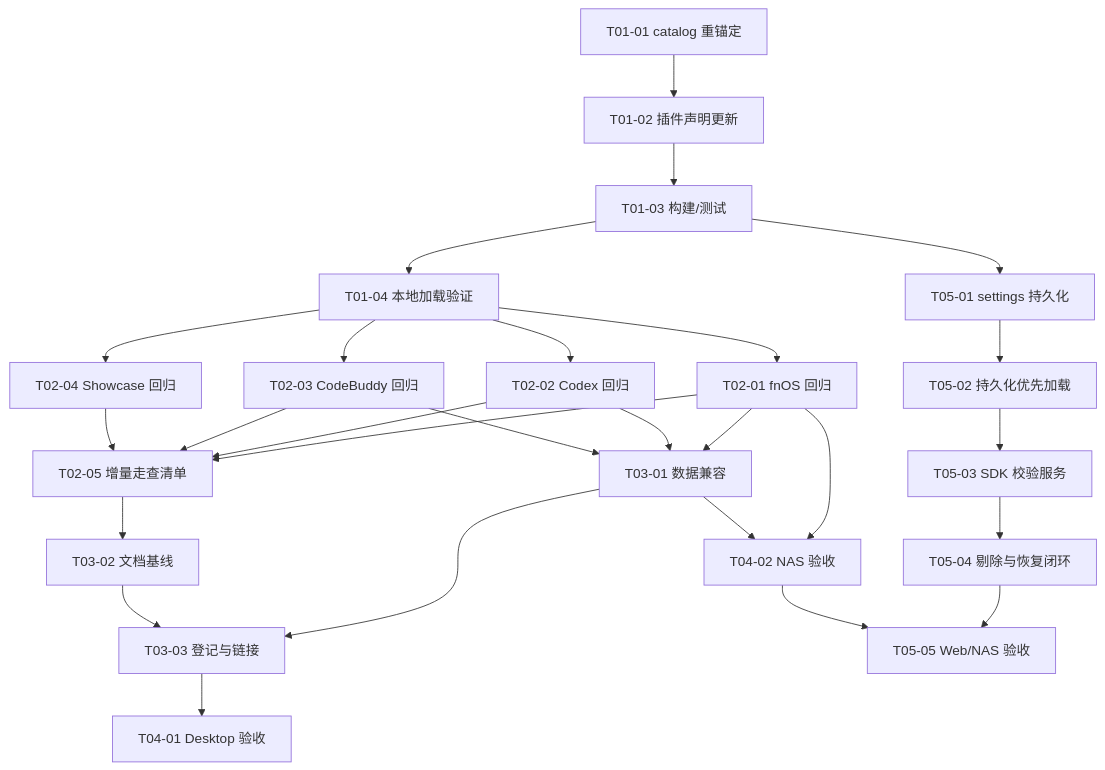
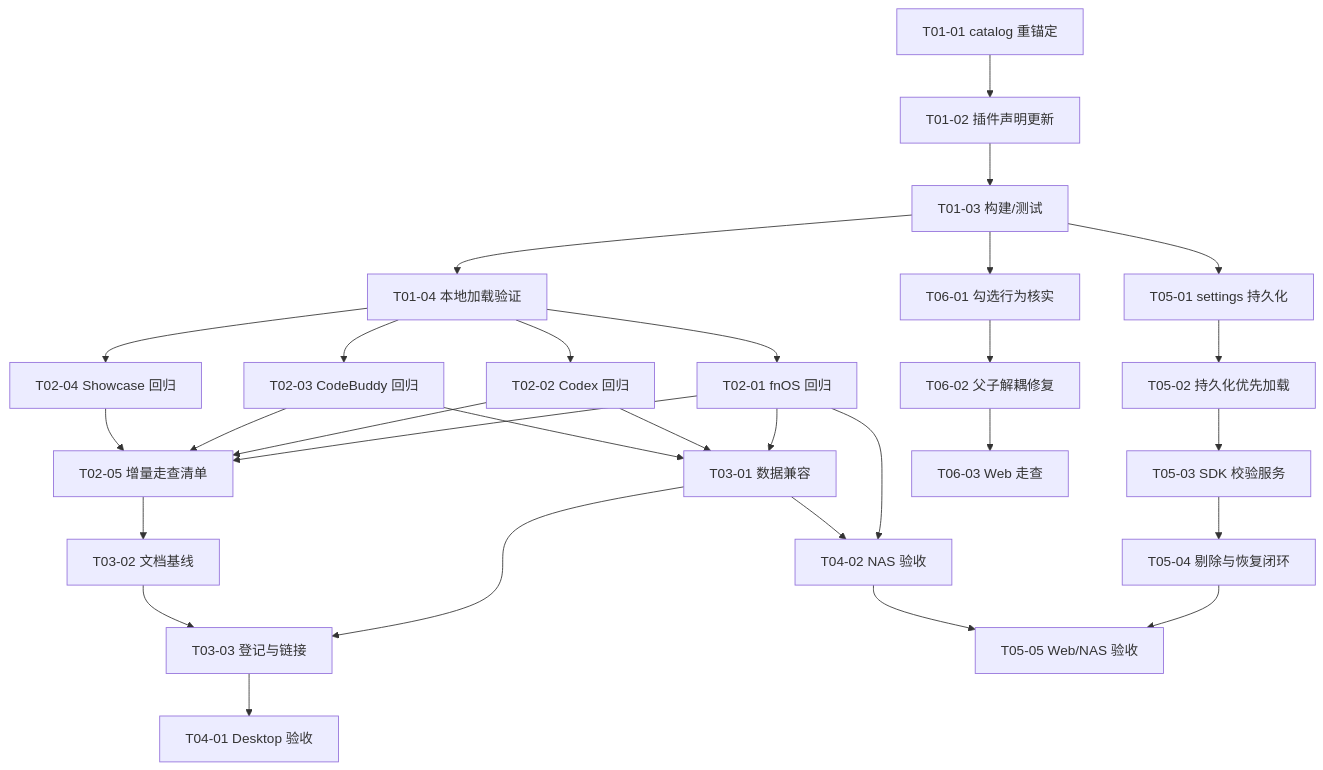
The fifth of 5 diagrams in docs/plans/PLAN-FNOS-009-dsh-020-rc2-adaptation.md (FNOSP/fnos-dsh), drawn with Mermaid before and after one commit. The commit also changed other lines of this file and 1 other file, not shown here.

````diff
--- a/docs/plans/PLAN-FNOS-009-dsh-020-rc2-adaptation.md
+++ b/docs/plans/PLAN-FNOS-009-dsh-020-rc2-adaptation.md
@@ -257,29 +267,32 @@
 ```mermaid
 flowchart TD
     T01a[T01-01 catalog 重锚定] --> T01b[T01-02 插件声明更新]
     T01b --> T01c[T01-03 构建/测试]
     T01c --> T01d[T01-04 本地加载验证]
     T01d --> T02a[T02-01 fnOS 回归]
     T01d --> T02b[T02-02 Codex 回归]
     T01d --> T02c[T02-03 CodeBuddy 回归]
     T01d --> T02d[T02-04 Showcase 回归]
     T02a --> T02e[T02-05 增量走查清单]
     T02b --> T02e
     T02c --> T02e
     T02d --> T02e
     T02a --> T03a[T03-01 数据兼容]
     T02b --> T03a
     T02c --> T03a
     T02e --> T03b[T03-02 文档基线]
     T03a --> T03c[T03-03 登记与链接]
     T03b --> T03c
     T03c --> T04a[T04-01 Desktop 验收]
     T02a --> T04b[T04-02 NAS 验收]
     T03a --> T04b
     T01c --> T05a[T05-01 settings 持久化]
     T05a --> T05b[T05-02 持久化优先加载]
     T05b --> T05c[T05-03 SDK 校验服务]
     T05c --> T05d[T05-04 剔除与恢复闭环]
     T05d --> T05e[T05-05 Web/NAS 验收]
     T04b --> T05e
+    T01c --> T06a[T06-01 勾选行为核实]
+    T06a --> T06b[T06-02 父子解耦修复]
+    T06b --> T06c[T06-03 Web 走查]
 ```
````
